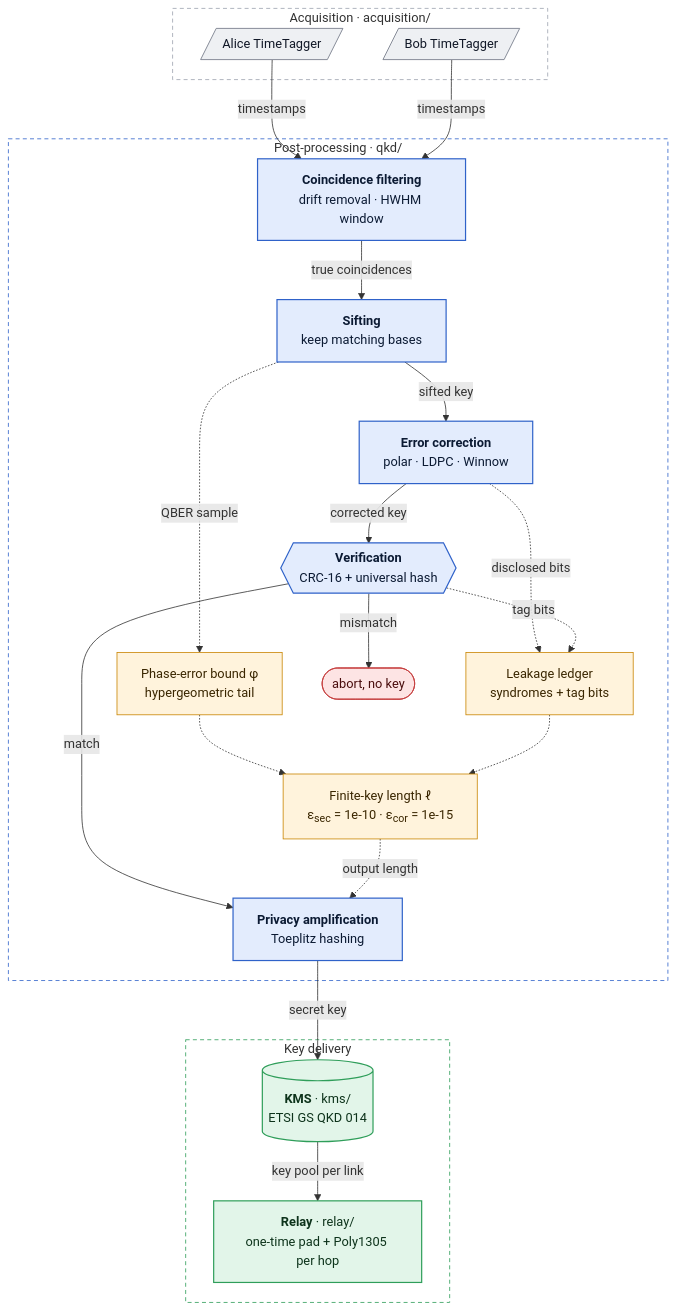
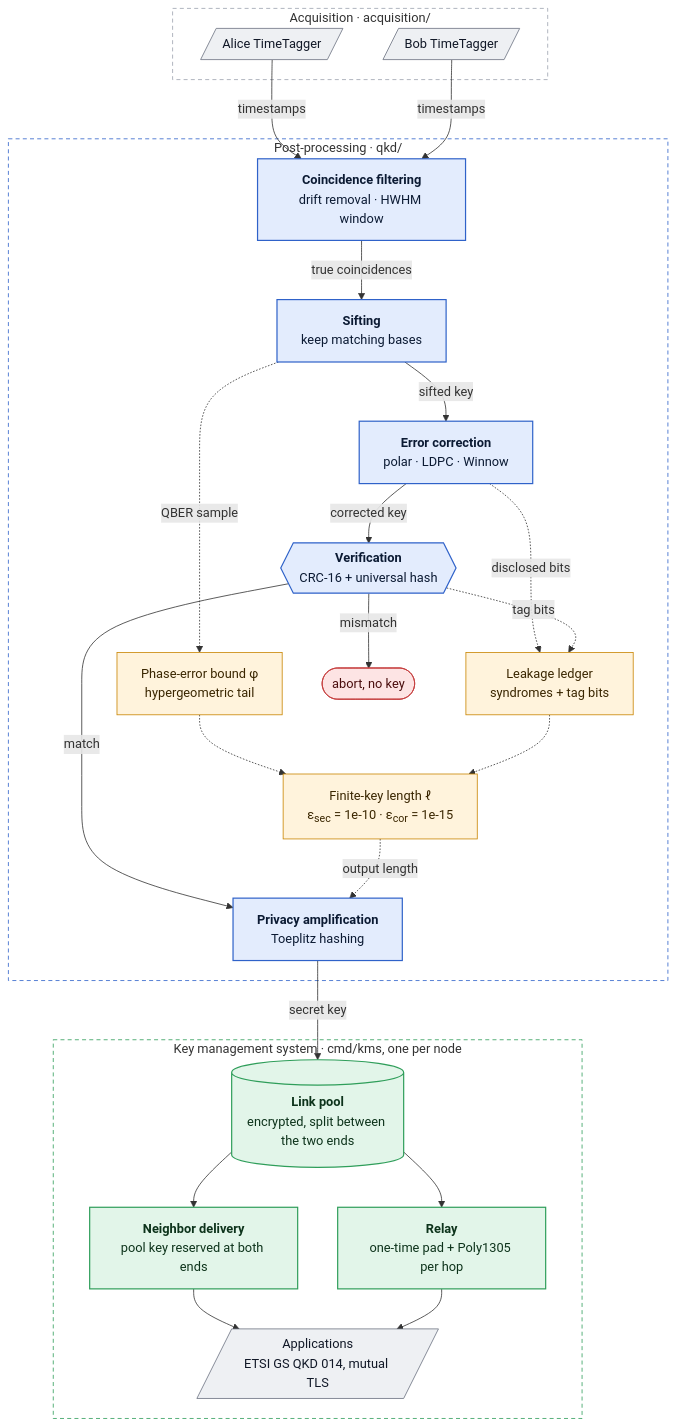
The diagram in README.md (werefin/qkd_post_processing), drawn with Mermaid before and after one commit. The commit also changed other lines of this file and 74 other files, not shown here.

Commit message:
Add KMS,  live coincidence-peak tracking, evaluation tool with figure reports

````diff
--- a/README.md
+++ b/README.md
@@ -7,54 +5,60 @@
 ```mermaid
 flowchart TB
     subgraph ACQ["Acquisition · acquisition/"]
         AT[/"Alice TimeTagger"/]
         BT[/"Bob TimeTagger"/]
     end
 
     subgraph PP["Post-processing · qkd/"]
         CF["<b>Coincidence filtering</b><br/>drift removal · HWHM window"]
         SI["<b>Sifting</b><br/>keep matching bases"]
         EC["<b>Error correction</b><br/>polar · LDPC · Winnow"]
         VE{{"<b>Verification</b><br/>CRC-16 + universal hash"}}
         PA["<b>Privacy amplification</b><br/>Toeplitz hashing"]
         PE["Phase-error bound φ<br/>hypergeometric tail"]
         LK["Leakage ledger<br/>syndromes + tag bits"]
         FK["Finite-key length ℓ<br/>ε<sub>sec</sub> = 1e-10 · ε<sub>cor</sub> = 1e-15"]
         AB(["abort, no key"])
     end
 
-    subgraph KD["Key delivery"]
-        KMS[("<b>KMS</b> · kms/<br/>ETSI GS QKD 014")]
-        RL["<b>Relay</b> · relay/<br/>one-time pad + Poly1305 per hop"]
+    subgraph KD["Key management system · cmd/kms, one per node"]
+        POOL[("<b>Link pool</b><br/>encrypted, split between the two ends")]
+        NB["<b>Neighbor delivery</b><br/>pool key reserved at both ends"]
+        RL["<b>Relay</b><br/>one-time pad + Poly1305 per hop"]
+        APP[/"Applications<br/>ETSI GS QKD 014, mutual TLS"/]
     end
 
     AT -- timestamps --> CF
     BT -- timestamps --> CF
     CF -- "true coincidences" --> SI
     SI -- "sifted key" --> EC
     SI -. "QBER sample" .-> PE
     EC -- "corrected key" --> VE
     EC -. "disclosed bits" .-> LK
     VE -. "tag bits" .-> LK
     VE -- mismatch --> AB
     VE -- match --> PA
     PE -.-> FK
     LK -.-> FK
     FK -. "output length" .-> PA
-    PA -- "secret key" --> KMS
-    KMS -- "key pool per link" --> RL
+    PA -- "secret key" --> POOL
+    POOL --> NB
+    POOL --> RL
+    NB --> APP
+    RL --> APP
 
     classDef hw fill:#eef0f3,stroke:#6b7280,color:#111827
     classDef stage fill:#e3ecfd,stroke:#2f62c9,color:#0b1a33,stroke-width:1.5px
     classDef acct fill:#fff3dc,stroke:#c98500,color:#3a2600
     classDef stop fill:#fde4e4,stroke:#c43c3c,color:#4a0d0d
     classDef deliver fill:#e2f5e9,stroke:#2f9e5a,color:#0d331b,stroke-width:1.5px
     class AT,BT hw
     class CF,SI,EC,VE,PA stage
     class PE,LK,FK acct
     class AB stop
-    class KMS,RL deliver
+    class POOL,NB,RL deliver
+    class APP hw
     style ACQ fill:none,stroke:#9ca3af,stroke-dasharray:5 4
     style PP fill:none,stroke:#2f62c9,stroke-dasharray:5 4
     style KD fill:none,stroke:#2f9e5a,stroke-dasharray:5 4
 ```
````
